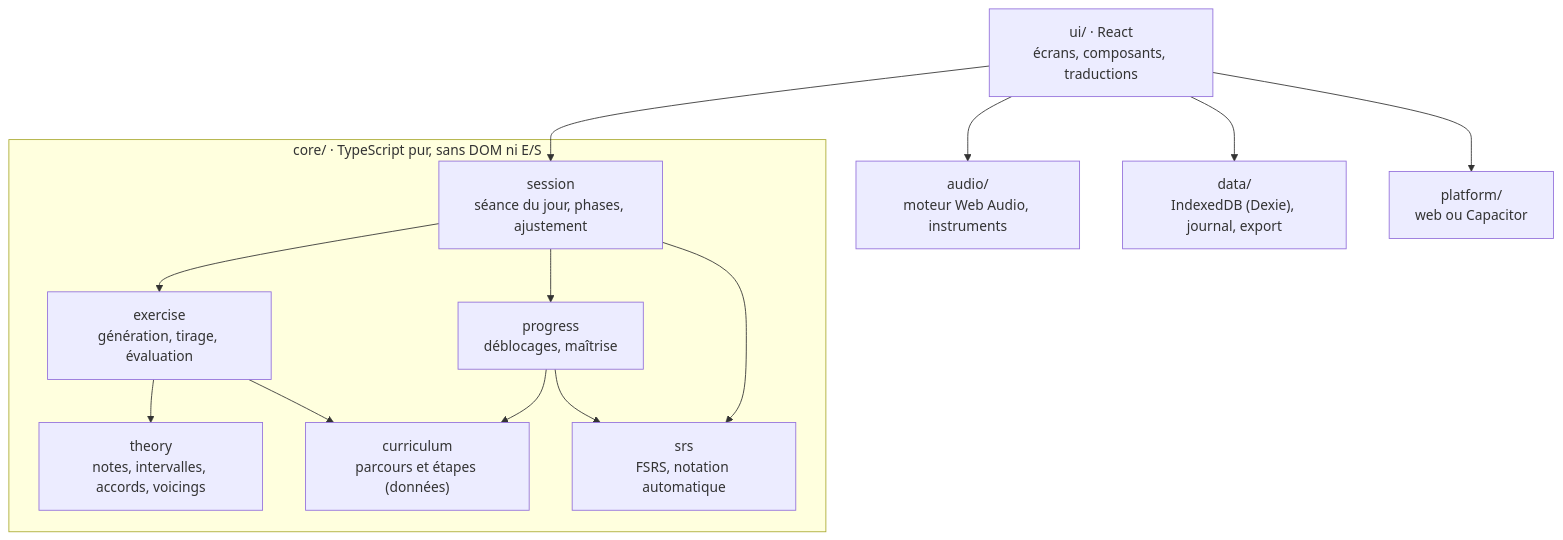
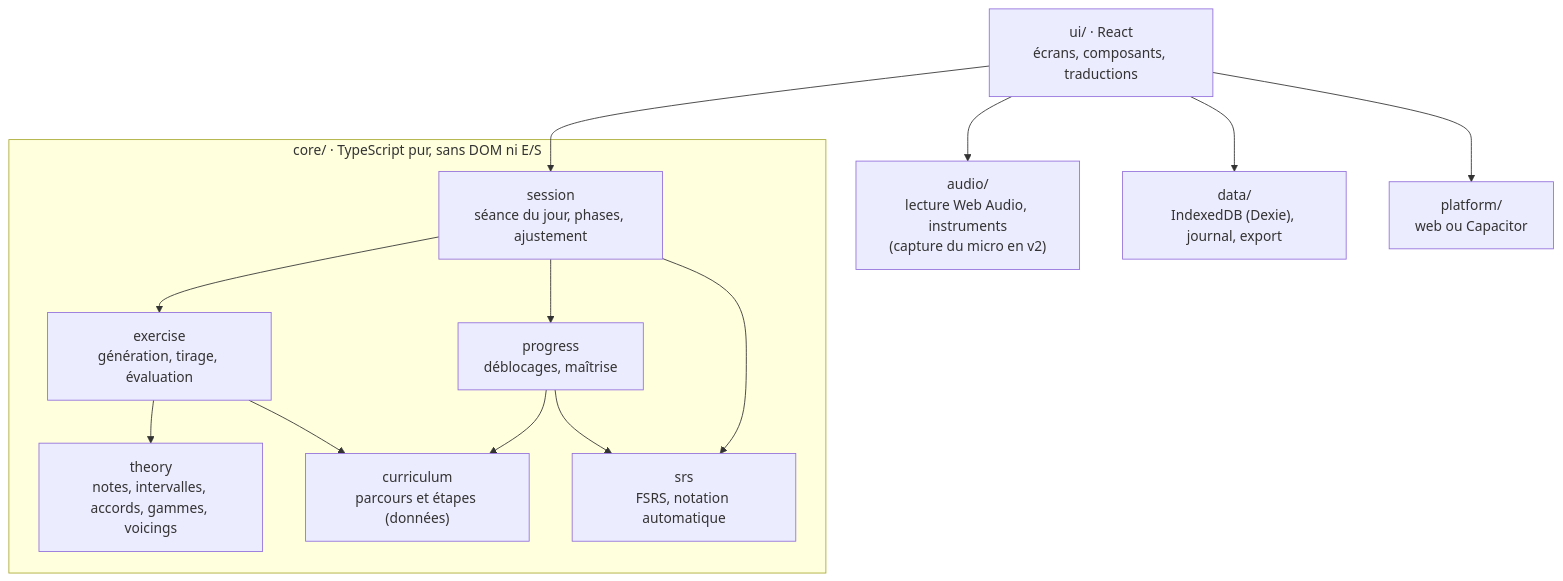
One commit to DavidGiangiacomo/oreille-musicale changed the diagram in docs/DESIGN.md. Above: the diagram before and after it, drawn with Mermaid. The commit also changed other lines of this file, not shown here.

First line of the commit message:
docs: ajout des gammes et modes, exercices chantés en v2

````diff
--- a/docs/DESIGN.md
+++ b/docs/DESIGN.md
@@ -530,27 +622,27 @@
 ```mermaid
 flowchart TB
   ui["ui/ · React<br/>écrans, composants, traductions"]
   subgraph core["core/ · TypeScript pur, sans DOM ni E/S"]
     session["session<br/>séance du jour, phases, ajustement"]
     exercise["exercise<br/>génération, tirage, évaluation"]
     progress["progress<br/>déblocages, maîtrise"]
     srs["srs<br/>FSRS, notation automatique"]
     curriculum["curriculum<br/>parcours et étapes (données)"]
-    theory["theory<br/>notes, intervalles, accords, voicings"]
+    theory["theory<br/>notes, intervalles, accords, gammes, voicings"]
   end
-  audio["audio/<br/>moteur Web Audio, instruments"]
+  audio["audio/<br/>lecture Web Audio, instruments<br/>(capture du micro en v2)"]
   data["data/<br/>IndexedDB (Dexie), journal, export"]
   platform["platform/<br/>web ou Capacitor"]
 
   ui --> session
   ui --> audio
   ui --> data
   ui --> platform
   session --> exercise
   session --> progress
   session --> srs
   exercise --> theory
   exercise --> curriculum
   progress --> curriculum
   progress --> srs
 ```
````
